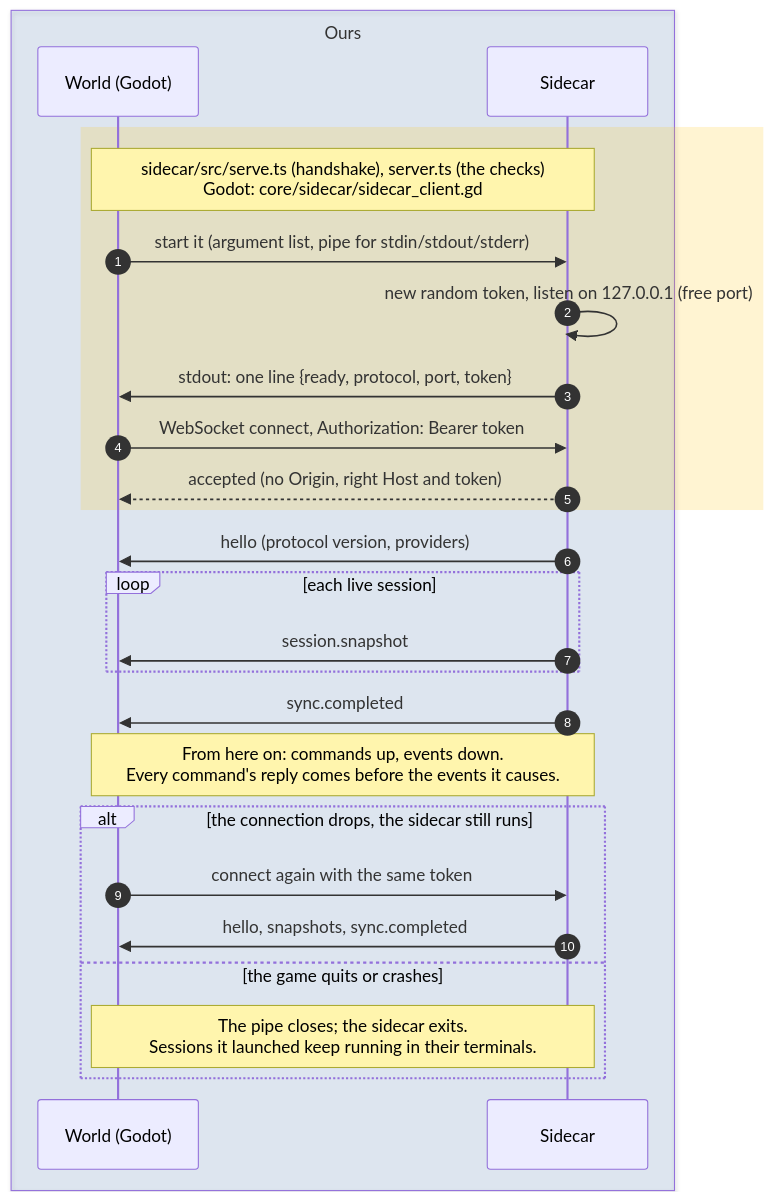
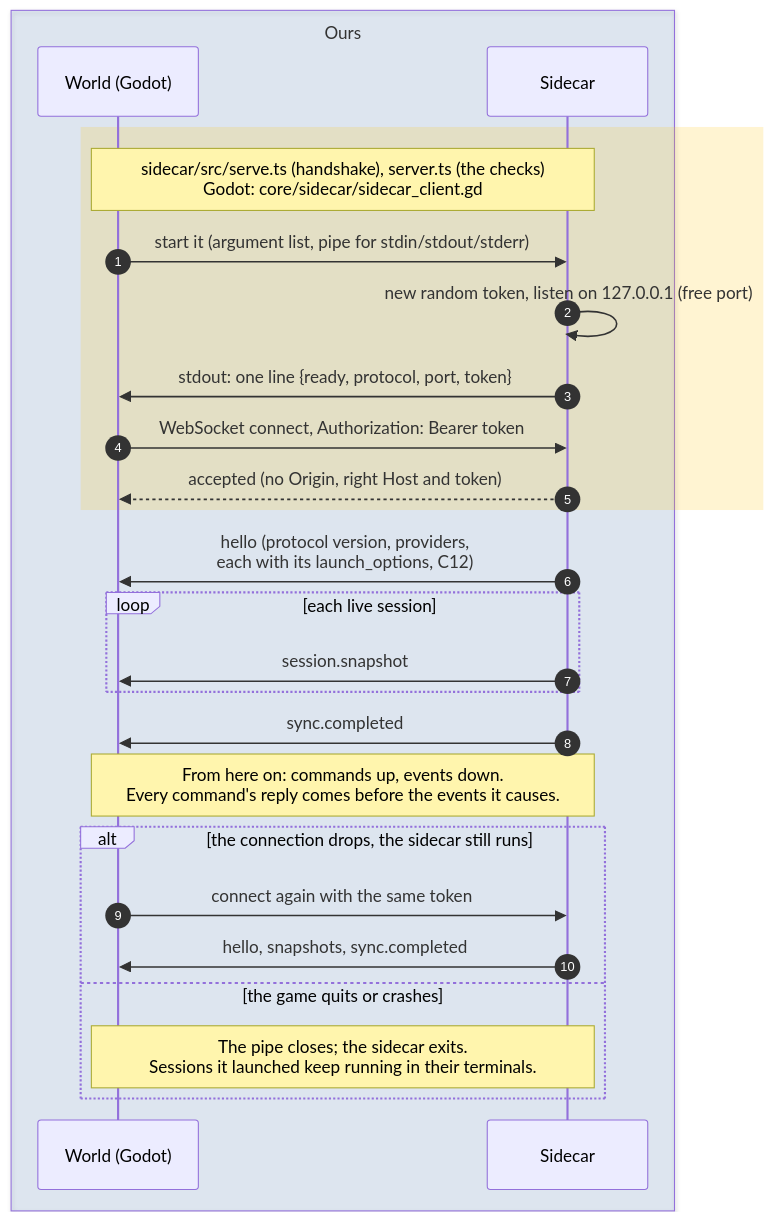
One commit to PaoloPortugal/The-Beach changed the diagram in docs/diagrams/sequence/00-starting-up.md. Above: the diagram before and after it, drawn with Mermaid. The commit also changed 6 other files, not shown here.

Commit message:
Docs: C12 review fixes (known limit, minimum-version watch item, guide header text, S03 layout, flow headers, live check)

````diff
--- a/docs/diagrams/sequence/00-starting-up.md
+++ b/docs/diagrams/sequence/00-starting-up.md
@@ -7,30 +7,30 @@
 ```mermaid
 sequenceDiagram
     autonumber
 
     box rgba(47,111,191,0.12) Ours
         participant World as World (Godot)
         participant Sidecar
     end
 
     rect rgba(255,193,7,0.18)
         Note over World,Sidecar: sidecar/src/serve.ts (handshake), server.ts (the checks)<br/>Godot: core/sidecar/sidecar_client.gd
         World->>Sidecar: start it (argument list, pipe for stdin/stdout/stderr)
         Sidecar->>Sidecar: new random token, listen on 127.0.0.1 (free port)
         Sidecar->>World: stdout: one line {ready, protocol, port, token}
         World->>Sidecar: WebSocket connect, Authorization: Bearer token
         Sidecar-->>World: accepted (no Origin, right Host and token)
     end
-    Sidecar->>World: hello (protocol version, providers)
+    Sidecar->>World: hello (protocol version, providers,<br/>each with its launch_options, C12)
     loop each live session
         Sidecar->>World: session.snapshot
     end
     Sidecar->>World: sync.completed
     Note over World,Sidecar: From here on: commands up, events down.<br/>Every command's reply comes before the events it causes.
     alt the connection drops, the sidecar still runs
         World->>Sidecar: connect again with the same token
         Sidecar->>World: hello, snapshots, sync.completed
     else the game quits or crashes
         Note over World,Sidecar: The pipe closes#59; the sidecar exits.<br/>Sessions it launched keep running in their terminals.
     end
 ```
````
